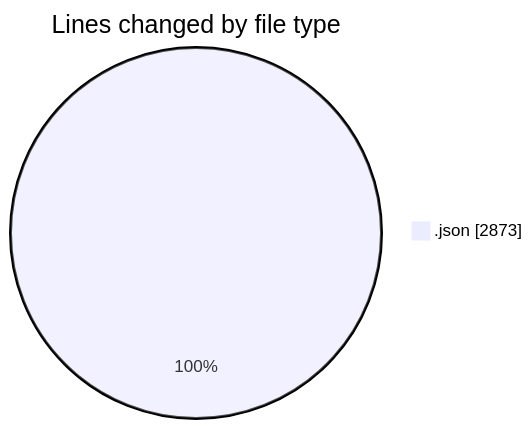
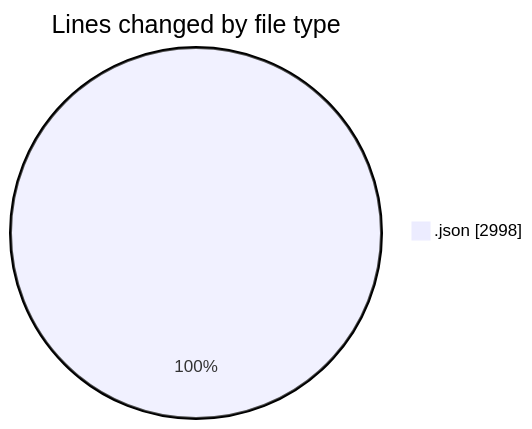
The first of 2 diagrams in 2025-08-06/_claude/README.md (EIIisD/code-tracking), drawn with Mermaid before and after one commit. The commit also changed other lines of this file and 1 other file, not shown here.

````diff
--- a/2025-08-06/_claude/README.md
+++ b/2025-08-06/_claude/README.md
@@ -21,5 +21,5 @@
 ```mermaid
 pie showData
 title Lines changed by file type
-".json" : 2873
+".json" : 2998
 ```
````
